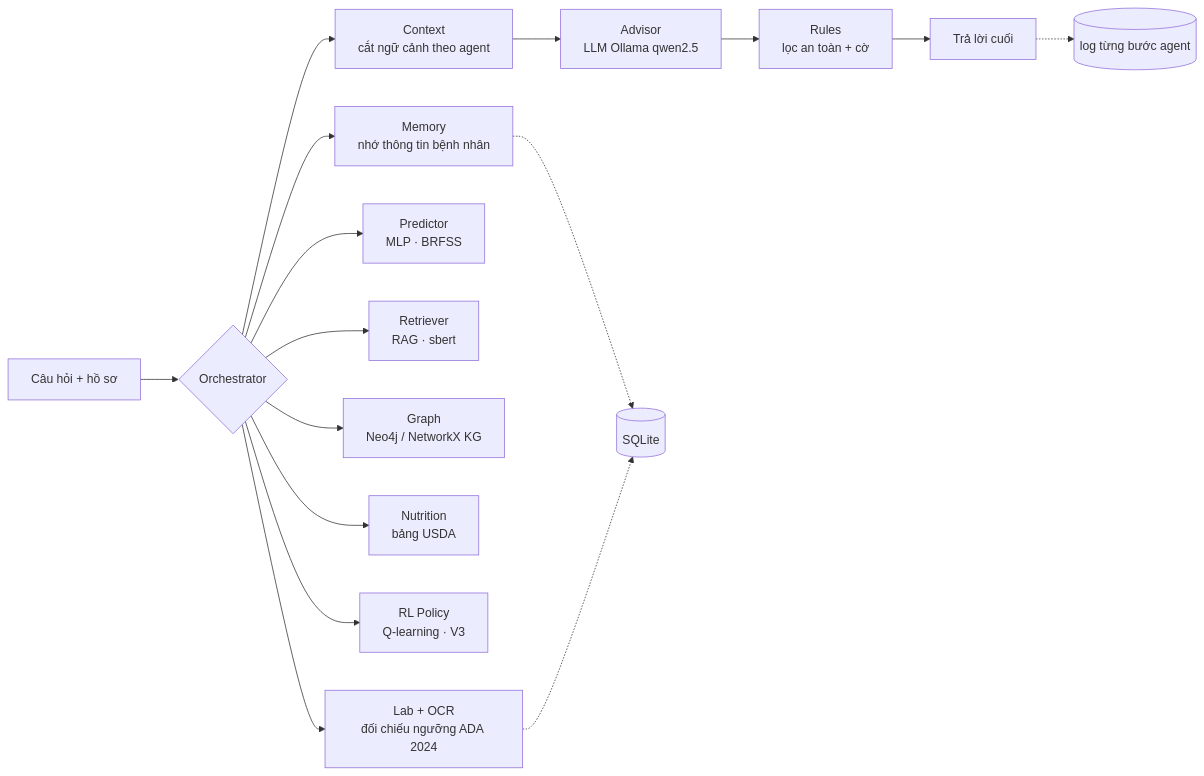
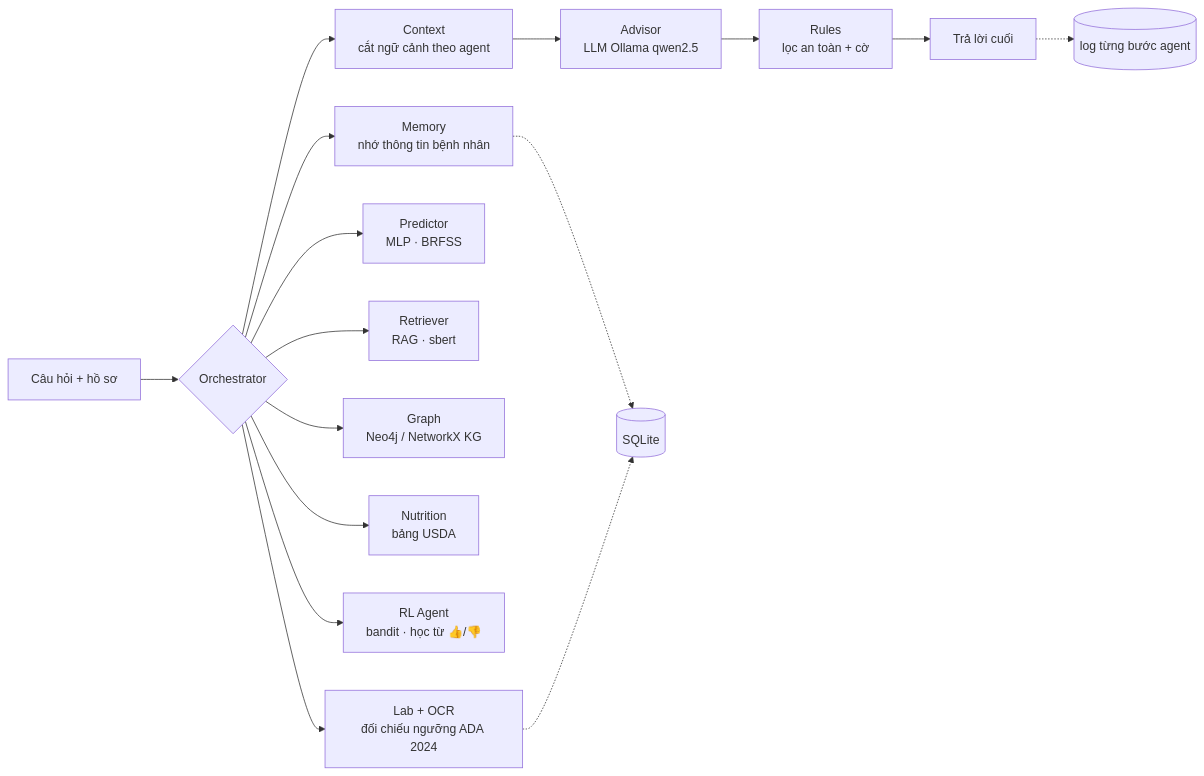
One commit to lyhaiquan/diabet-agent changed the diagram in README.md. Above: the diagram before and after it, drawn with Mermaid. The commit also changed other lines of this file and 15 other files, not shown here.

First line of the commit message:
RL học từ phản hồi người dùng: contextual bandit bật mặc định

````diff
--- a/README.md
+++ b/README.md
@@ -15,17 +15,17 @@
 ```mermaid
 flowchart LR
     Q[Câu hỏi + hồ sơ] --> O{Orchestrator}
     O --> M[Memory<br/>nhớ thông tin bệnh nhân]
     O --> L[Lab + OCR<br/>đối chiếu ngưỡng ADA 2024]
     O --> P[Predictor<br/>MLP · BRFSS]
     O --> R[Retriever<br/>RAG · sbert]
     O --> G[Graph<br/>Neo4j / NetworkX KG]
     O --> N[Nutrition<br/>bảng USDA]
-    O --> RL[RL Policy<br/>Q-learning · V3]
+    O --> RL[RL Agent<br/>bandit · học từ 👍/👎]
     O --> C[Context<br/>cắt ngữ cảnh theo agent]
     C --> A[Advisor<br/>LLM Ollama qwen2.5]
     A --> RU[Rules<br/>lọc an toàn + cờ]
     RU --> F[Trả lời cuối]
     M & L -.-> DB[(SQLite)]
     F -.-> LOG[(log từng bước agent)]
 ```
````
